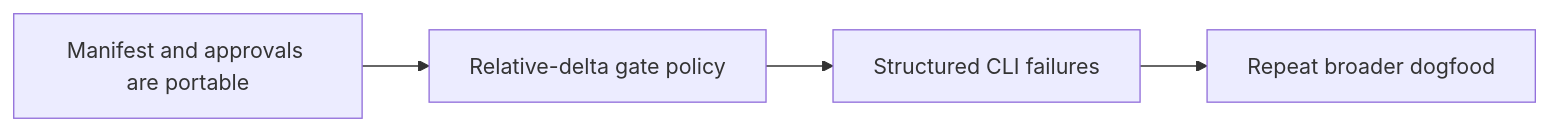
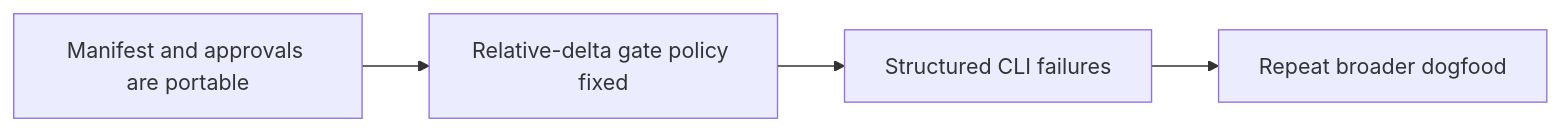
The second of 3 diagrams in docs/dogfooding-2026-05-15-round-trip-artifacts.md (1amageek/circuit-studio), drawn with Mermaid before and after one commit. The commit also changed other lines of this file and 5 other files, not shown here.

Commit message:
Stabilize post-layout relative delta gates

````diff
--- a/docs/dogfooding-2026-05-15-round-trip-artifacts.md
+++ b/docs/dogfooding-2026-05-15-round-trip-artifacts.md
@@ -101,6 +101,6 @@
 ```mermaid
 flowchart LR
-  Current["Manifest and approvals are portable"] --> Delta["Relative-delta gate policy"]
+  Current["Manifest and approvals are portable"] --> Delta["Relative-delta gate policy fixed"]
   Delta --> CLI["Structured CLI failures"]
   CLI --> Dogfood["Repeat broader dogfood"]
 ```
````
